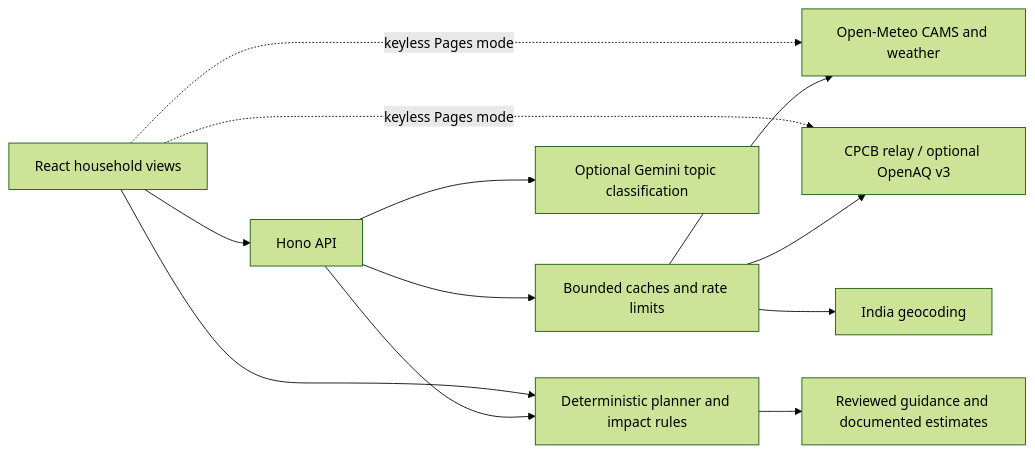
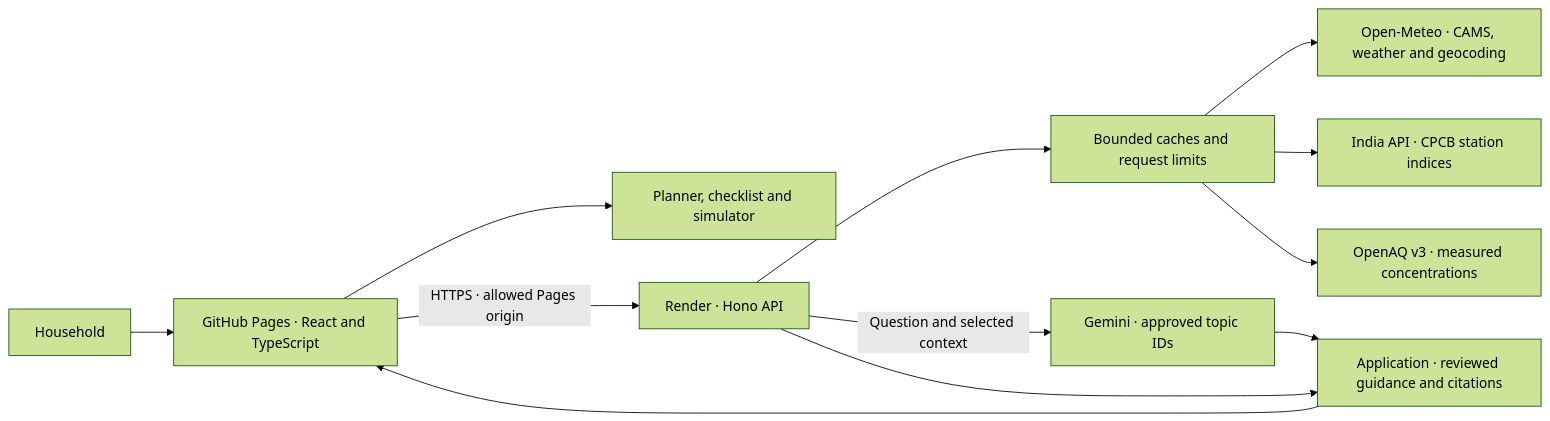
The diagram in README.md (jatinkumar11954/AQI), drawn with Mermaid (forest theme) before and after one commit. The commit also changed other lines of this file and 38 other files, not shown here.

````diff
--- a/README.md
+++ b/README.md
@@ -15,14 +12,14 @@
 ```mermaid
 flowchart LR
-  UI[React household views] --> API[Hono API]
-  UI --> RULES[Deterministic planner and impact rules]
-  UI -. keyless Pages mode .-> CAMS
-  UI -. keyless Pages mode .-> STATION
-  API --> CACHE[Bounded caches and rate limits]
-  CACHE --> CAMS[Open-Meteo CAMS and weather]
-  CACHE --> STATION[CPCB relay / optional OpenAQ v3]
-  CACHE --> CITY[India geocoding]
-  API --> GEMINI[Optional Gemini topic classification]
-  API --> RULES
-  RULES --> OUTPUT[Reviewed guidance and documented estimates]
+  USER[Household] --> PAGES[GitHub Pages · React and TypeScript]
+  PAGES --> RULES[Planner, checklist and simulator]
+  PAGES -->|HTTPS · allowed Pages origin| API[Render · Hono API]
+  API --> CACHE[Bounded caches and request limits]
+  CACHE --> CAMS[Open-Meteo · CAMS, weather and geocoding]
+  CACHE --> RELAY[India API · CPCB station indices]
+  CACHE --> OPENAQ[OpenAQ v3 · measured concentrations]
+  API -->|Question and selected context| GEMINI[Gemini · approved topic IDs]
+  GEMINI --> CATALOG[Application · reviewed guidance and citations]
+  API --> CATALOG
+  CATALOG --> PAGES
 ```
````
